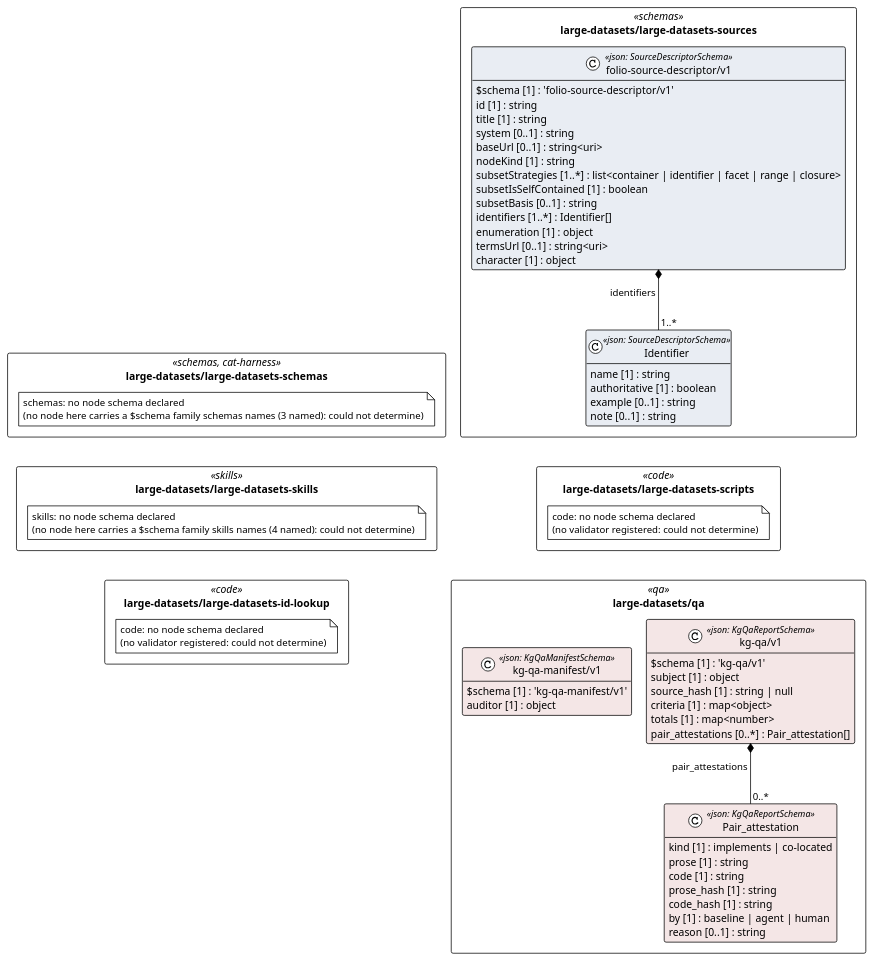
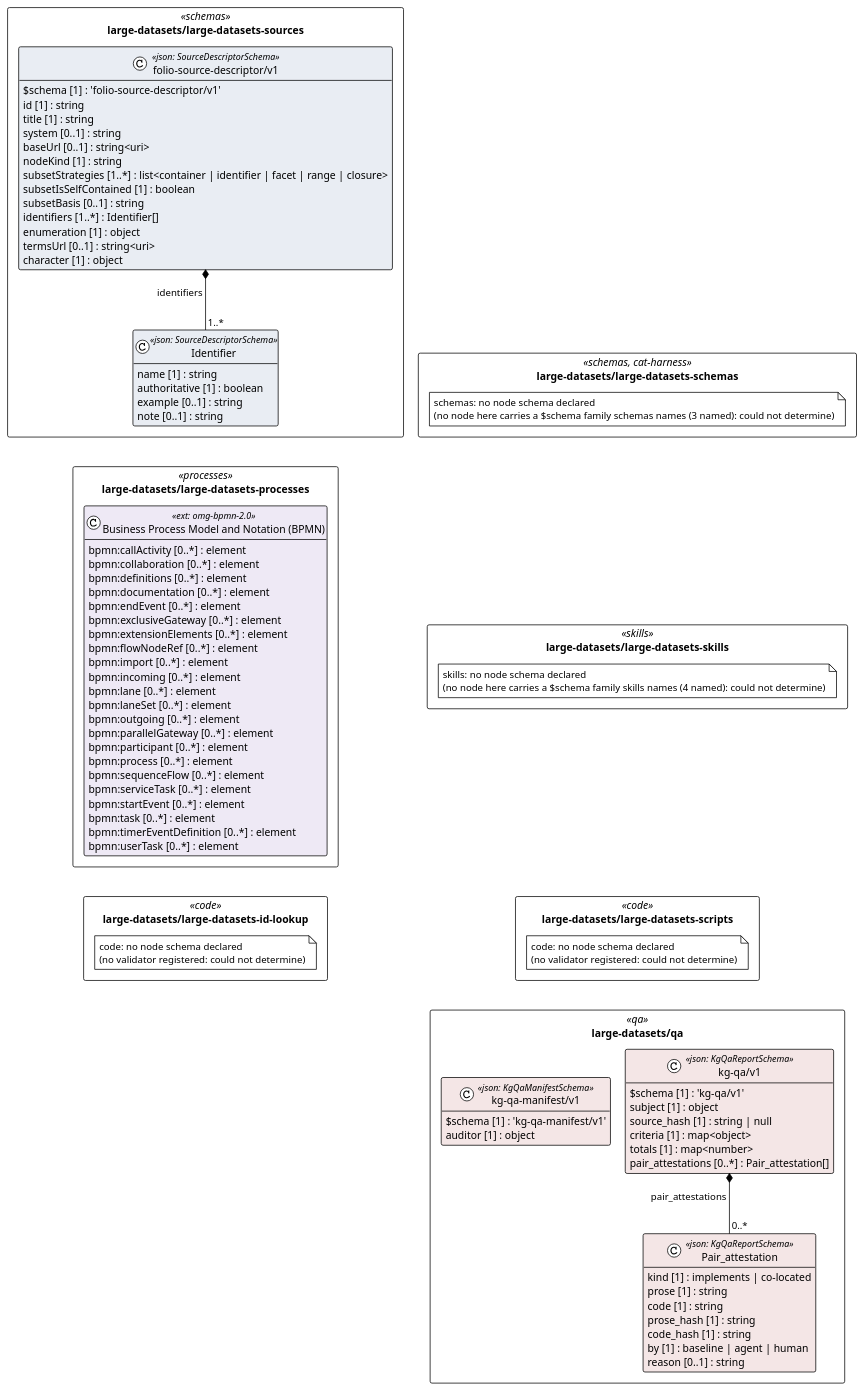
Before and after one commit to litlfred/folio-assistant: the diagram in cat-harness/uml/overview/large-datasets.puml, drawn with PlantUML. The commit also changed 111 other files, not shown here.

```diff
--- a/cat-harness/uml/overview/large-datasets.puml
+++ b/cat-harness/uml/overview/large-datasets.puml
@@ -3,75 +3,102 @@
 @startuml large_datasets
 !pragma layout elk
 !theme plain
 skinparam classAttributeIconSize 0
 skinparam shadowing false
 skinparam packageStyle rectangle
 hide empty methods
 
 package "large-datasets/large-datasets-schemas" as pkg_large_datasets_large_datasets_schemas <<schemas, cat-harness>> {
   note "schemas: no node schema declared\n(no node here carries a $schema family schemas names (3 named): could not determine)" as n_large_datasets_large_datasets_schemas_schemas
 }
 package "large-datasets/large-datasets-sources" as pkg_large_datasets_large_datasets_sources <<schemas>> {
   class "Identifier" as large_datasets_large_datasets_sources_folio_source_descriptor_v1_Identifier <<json: SourceDescriptorSchema>> #e9edf3 {
     name [1] : string
     authoritative [1] : boolean
     example [0..1] : string
     note [0..1] : string
   }
   class "folio-source-descriptor/v1" as large_datasets_large_datasets_sources_folio_source_descriptor_v1_folio_source_descriptor_v1 <<json: SourceDescriptorSchema>> #e9edf3 {
     $schema [1] : 'folio-source-descriptor/v1'
     id [1] : string
     title [1] : string
     system [0..1] : string
     baseUrl [0..1] : string<uri>
     nodeKind [1] : string
     subsetStrategies [1..*] : list<container | identifier | facet | range | closure>
     subsetIsSelfContained [1] : boolean
     subsetBasis [0..1] : string
     identifiers [1..*] : Identifier[]
     enumeration [1] : object
     termsUrl [0..1] : string<uri>
     character [1] : object
   }
 }
 package "large-datasets/large-datasets-skills" as pkg_large_datasets_large_datasets_skills <<skills>> {
   note "skills: no node schema declared\n(no node here carries a $schema family skills names (4 named): could not determine)" as n_large_datasets_large_datasets_skills_skills
 }
+package "large-datasets/large-datasets-processes" as pkg_large_datasets_large_datasets_processes <<processes>> {
+  class "Business Process Model and Notation (BPMN)" as large_datasets_large_datasets_processes_omg_bpmn_2_0 <<ext: omg-bpmn-2.0>> #eee9f5 {
+    bpmn:callActivity [0..*] : element
+    bpmn:collaboration [0..*] : element
+    bpmn:definitions [0..*] : element
+    bpmn:documentation [0..*] : element
+    bpmn:endEvent [0..*] : element
+    bpmn:exclusiveGateway [0..*] : element
+    bpmn:extensionElements [0..*] : element
+    bpmn:flowNodeRef [0..*] : element
+    bpmn:import [0..*] : element
+    bpmn:incoming [0..*] : element
+    bpmn:lane [0..*] : element
+    bpmn:laneSet [0..*] : element
+    bpmn:outgoing [0..*] : element
+    bpmn:parallelGateway [0..*] : element
+    bpmn:participant [0..*] : element
+    bpmn:process [0..*] : element
+    bpmn:sequenceFlow [0..*] : element
+    bpmn:serviceTask [0..*] : element
+    bpmn:startEvent [0..*] : element
+    bpmn:task [0..*] : element
+    bpmn:timerEventDefinition [0..*] : element
+    bpmn:userTask [0..*] : element
+  }
+}
 package "large-datasets/large-datasets-scripts" as pkg_large_datasets_large_datasets_scripts <<code>> {
   note "code: no node schema declared\n(no validator registered: could not determine)" as n_large_datasets_large_datasets_scripts_code
 }
 package "large-datasets/large-datasets-id-lookup" as pkg_large_datasets_large_datasets_id_lookup <<code>> {
   note "code: no node schema declared\n(no validator registered: could not determine)" as n_large_datasets_large_datasets_id_lookup_code
 }
 package "large-datasets/qa" as pkg_large_datasets_qa <<qa>> {
   class "Pair_attestation" as large_datasets_qa_kg_qa_v1_Pair_attestation <<json: KgQaReportSchema>> #f4e6e6 {
     kind [1] : implements | co-located
     prose [1] : string
     code [1] : string
     prose_hash [1] : string
     code_hash [1] : string
     by [1] : baseline | agent | human
     reason [0..1] : string
   }
   class "kg-qa/v1" as large_datasets_qa_kg_qa_v1_kg_qa_v1 <<json: KgQaReportSchema>> #f4e6e6 {
     $schema [1] : 'kg-qa/v1'
     subject [1] : object
     source_hash [1] : string | null
     criteria [1] : map<object>
     totals [1] : map<number>
     pair_attestations [0..*] : Pair_attestation[]
   }
   class "kg-qa-manifest/v1" as large_datasets_qa_kg_qa_manifest_v1_kg_qa_manifest_v1 <<json: KgQaManifestSchema>> #f4e6e6 {
     $schema [1] : 'kg-qa-manifest/v1'
     auditor [1] : object
   }
 }
 
 large_datasets_large_datasets_sources_folio_source_descriptor_v1_folio_source_descriptor_v1 *-- "1..*" large_datasets_large_datasets_sources_folio_source_descriptor_v1_Identifier : identifiers
 large_datasets_qa_kg_qa_v1_kg_qa_v1 *-- "0..*" large_datasets_qa_kg_qa_v1_Pair_attestation : pair_attestations
-' grid: portrait, 2 column(s) — pkg_large_datasets_large_datasets_schemas pkg_large_datasets_large_datasets_sources pkg_large_datasets_large_datasets_skills pkg_large_datasets_large_datasets_scripts pkg_large_datasets_large_datasets_id_lookup pkg_large_datasets_qa
+' grid: portrait, 2 column(s) — pkg_large_datasets_large_datasets_schemas pkg_large_datasets_large_datasets_sources pkg_large_datasets_large_datasets_skills pkg_large_datasets_large_datasets_processes pkg_large_datasets_large_datasets_scripts pkg_large_datasets_large_datasets_id_lookup pkg_large_datasets_qa
 pkg_large_datasets_large_datasets_schemas -[hidden]down- pkg_large_datasets_large_datasets_skills
-pkg_large_datasets_large_datasets_sources -[hidden]down- pkg_large_datasets_large_datasets_scripts
-pkg_large_datasets_large_datasets_skills -[hidden]down- pkg_large_datasets_large_datasets_id_lookup
+pkg_large_datasets_large_datasets_sources -[hidden]down- pkg_large_datasets_large_datasets_processes
+pkg_large_datasets_large_datasets_skills -[hidden]down- pkg_large_datasets_large_datasets_scripts
+pkg_large_datasets_large_datasets_processes -[hidden]down- pkg_large_datasets_large_datasets_id_lookup
 pkg_large_datasets_large_datasets_scripts -[hidden]down- pkg_large_datasets_qa
 @enduml
```
